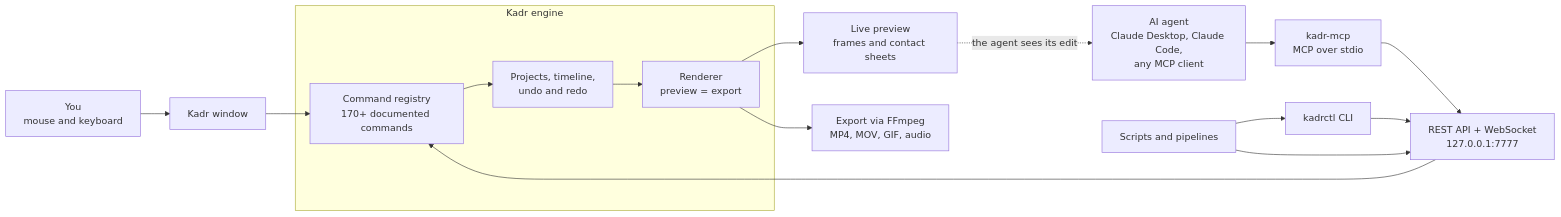
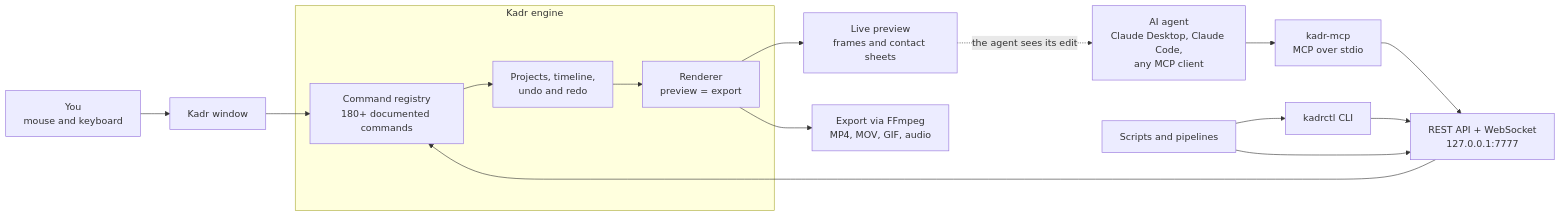
Before and after one commit to gitkalenyuk/kadr: the diagram in README.md, drawn with Mermaid. The commit also changed other lines of this file and 196 other files, not shown here.

````diff
--- a/README.md
+++ b/README.md
@@ -130,18 +132,18 @@
 ```mermaid
 flowchart LR
     you["You<br/>mouse and keyboard"] --> ui["Kadr window"]
     agent["AI agent<br/>Claude Desktop, Claude Code,<br/>any MCP client"] --> mcp["kadr-mcp<br/>MCP over stdio"]
     scripts["Scripts and pipelines"] --> cli["kadrctl CLI"]
     scripts --> rest
     mcp --> rest["REST API + WebSocket<br/>127.0.0.1:7777"]
     cli --> rest
     subgraph engine["Kadr engine"]
-        registry["Command registry<br/>170+ documented commands"] --> model["Projects, timeline,<br/>undo and redo"]
+        registry["Command registry<br/>180+ documented commands"] --> model["Projects, timeline,<br/>undo and redo"]
         model --> renderer["Renderer<br/>preview = export"]
     end
     ui --> registry
     rest --> registry
     renderer --> preview["Live preview<br/>frames and contact sheets"]
     renderer --> output["Export via FFmpeg<br/>MP4, MOV, GIF, audio"]
     preview -. the agent sees its edit .-> agent
 ```
````
